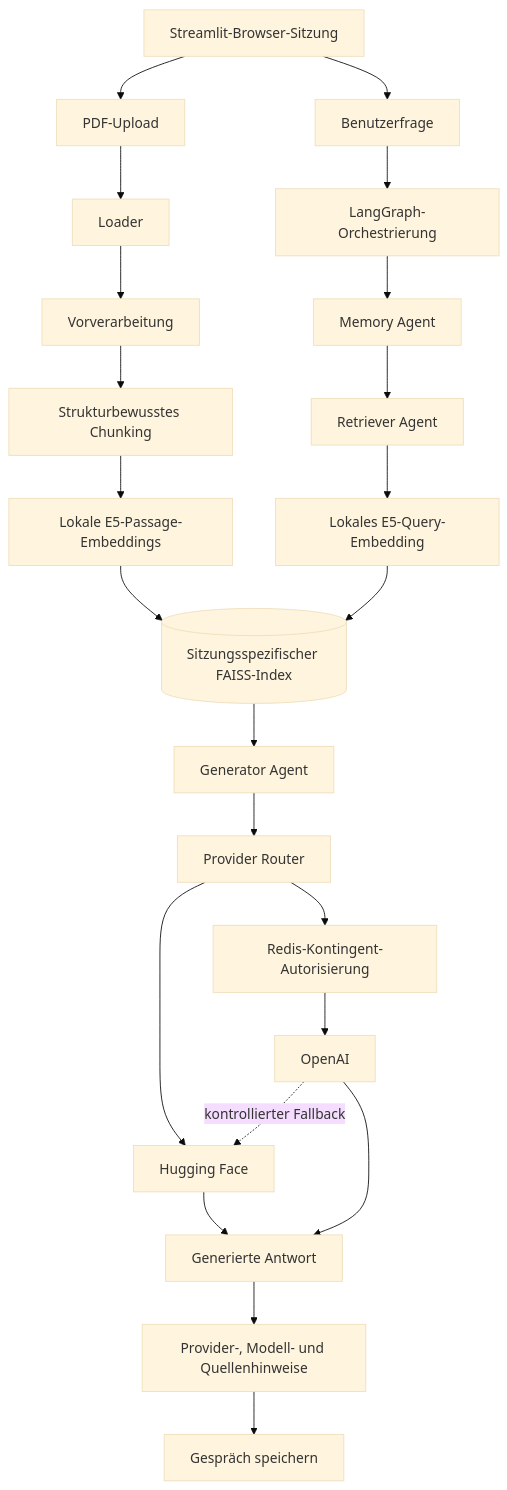
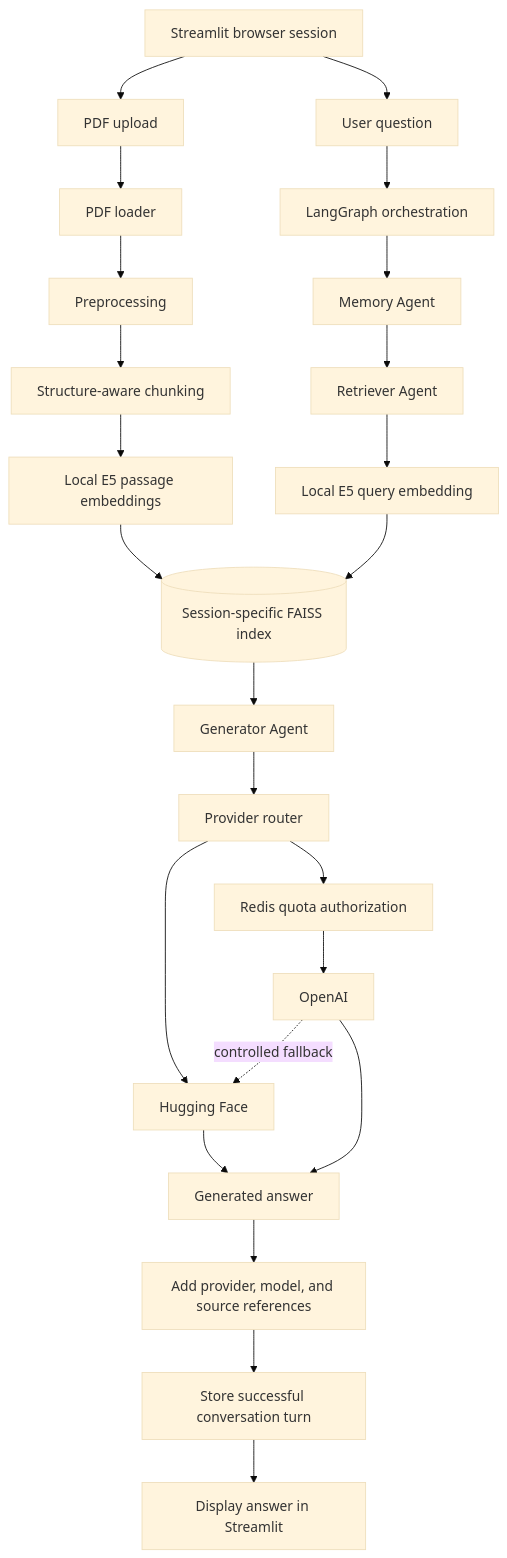
The diagram in README.md (Rinovative/nlp-multiagent-rag), drawn with Mermaid (base theme) before and after one commit. The commit also changed other lines of this file, not shown here.

````diff
--- a/README.md
+++ b/README.md
@@ -63,30 +163,31 @@
 ```mermaid
 flowchart TD
-    S[Streamlit-Browser-Sitzung]
+    S[Streamlit browser session]
 
-    S --> U[PDF-Upload]
-    U --> L[Loader]
-    L --> P[Vorverarbeitung]
-    P --> C[Strukturbewusstes Chunking]
-    C --> ED[Lokale E5-Passage-Embeddings]
-    ED --> F[(Sitzungsspezifischer FAISS-Index)]
+    S --> U[PDF upload]
+    U --> L[PDF loader]
+    L --> P[Preprocessing]
+    P --> C[Structure-aware chunking]
+    C --> ED[Local E5 passage embeddings]
+    ED --> F[(Session-specific FAISS index)]
 
-    S --> Q[Benutzerfrage]
-    Q --> O[LangGraph-Orchestrierung]
+    S --> Q[User question]
+    Q --> O[LangGraph orchestration]
     O --> M[Memory Agent]
     M --> R[Retriever Agent]
-    R --> EQ[Lokales E5-Query-Embedding]
+    R --> EQ[Local E5 query embedding]
     EQ --> F
     F --> G[Generator Agent]
-    G --> PR[Provider Router]
+    G --> PR[Provider router]
 
     PR --> HF[Hugging Face]
-    PR --> K[Redis-Kontingent-Autorisierung]
+    PR --> K[Redis quota authorization]
     K --> OA[OpenAI]
-    OA -. kontrollierter Fallback .-> HF
+    OA -. controlled fallback .-> HF
 
-    HF --> A[Generierte Antwort]
+    HF --> A[Generated answer]
     OA --> A
-    A --> V[Provider-, Modell- und Quellenhinweise]
-    V --> H[Gespräch speichern]
+    A --> V[Add provider, model, and source references]
+    V --> H[Store successful conversation turn]
+    H --> D[Display answer in Streamlit]
 ```
````
